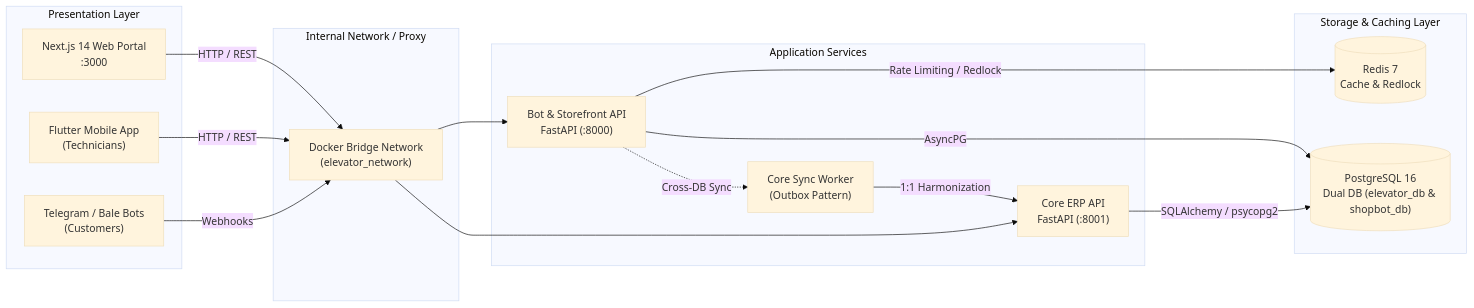
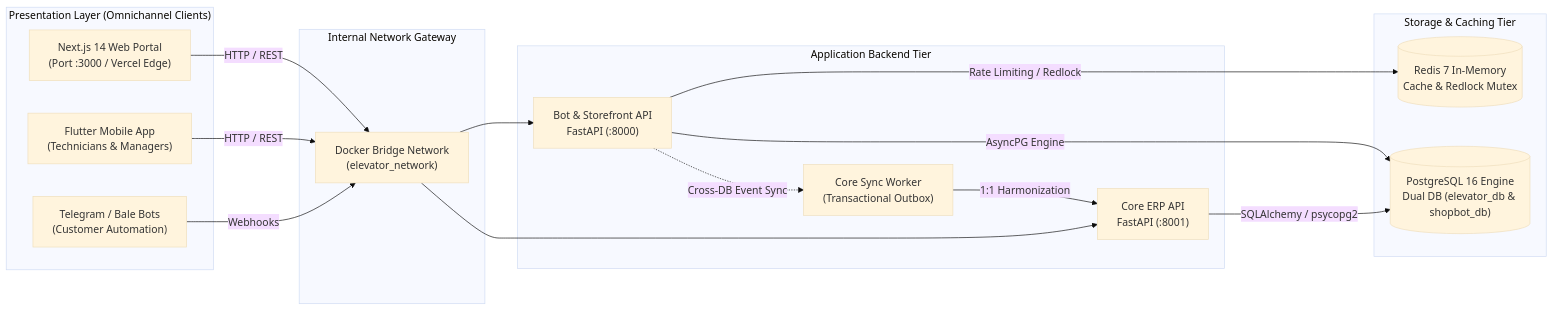
The first of 2 diagrams in README.md (mahdimohebiiizm-stack/elevator-ecosystem), drawn with Mermaid (base theme) before and after one commit. The commit also changed other lines of this file, not shown here.

````diff
--- a/README.md
+++ b/README.md
@@ -50,35 +51,35 @@
 ```mermaid
 flowchart LR
-    subgraph Clients["Presentation Layer"]
-        WP["Next.js 14 Web Portal<br/>:3000"]
-        MA["Flutter Mobile App<br/>(Technicians)"]
-        TB["Telegram / Bale Bots<br/>(Customers)"]
+    subgraph Clients["Presentation Layer (Omnichannel Clients)"]
+        WP["Next.js 14 Web Portal<br/>(Port :3000 / Vercel Edge)"]
+        MA["Flutter Mobile App<br/>(Technicians & Managers)"]
+        TB["Telegram / Bale Bots<br/>(Customer Automation)"]
     end
 
-    subgraph Gateway["Internal Network / Proxy"]
+    subgraph Gateway["Internal Network Gateway"]
         DOCKER["Docker Bridge Network<br/>(elevator_network)"]
     end
 
-    subgraph Backends["Application Services"]
+    subgraph Backends["Application Backend Tier"]
         BOT["Bot & Storefront API<br/>FastAPI (:8000)"]
         CORE["Core ERP API<br/>FastAPI (:8001)"]
-        SYNC["Core Sync Worker<br/>(Outbox Pattern)"]
+        SYNC["Core Sync Worker<br/>(Transactional Outbox)"]
     end
 
-    subgraph Persistence["Storage & Caching Layer"]
-        PG[("PostgreSQL 16<br/>Dual DB (elevator_db & shopbot_db)")]
-        RD[("Redis 7<br/>Cache & Redlock")]
+    subgraph Persistence["Storage & Caching Tier"]
+        PG[("PostgreSQL 16 Engine<br/>Dual DB (elevator_db & shopbot_db)")]
+        RD[("Redis 7 In-Memory<br/>Cache & Redlock Mutex")]
     end
 
     WP -->|HTTP / REST| DOCKER
     TB -->|Webhooks| DOCKER
     MA -->|HTTP / REST| DOCKER
 
     DOCKER --> BOT
     DOCKER --> CORE
     BOT -->|Rate Limiting / Redlock| RD
-    BOT -->|AsyncPG| PG
+    BOT -->|AsyncPG Engine| PG
     CORE -->|SQLAlchemy / psycopg2| PG
-    BOT -.->|Cross-DB Sync| SYNC
+    BOT -.->|Cross-DB Event Sync| SYNC
     SYNC -->|1:1 Harmonization| CORE
 ```
````
